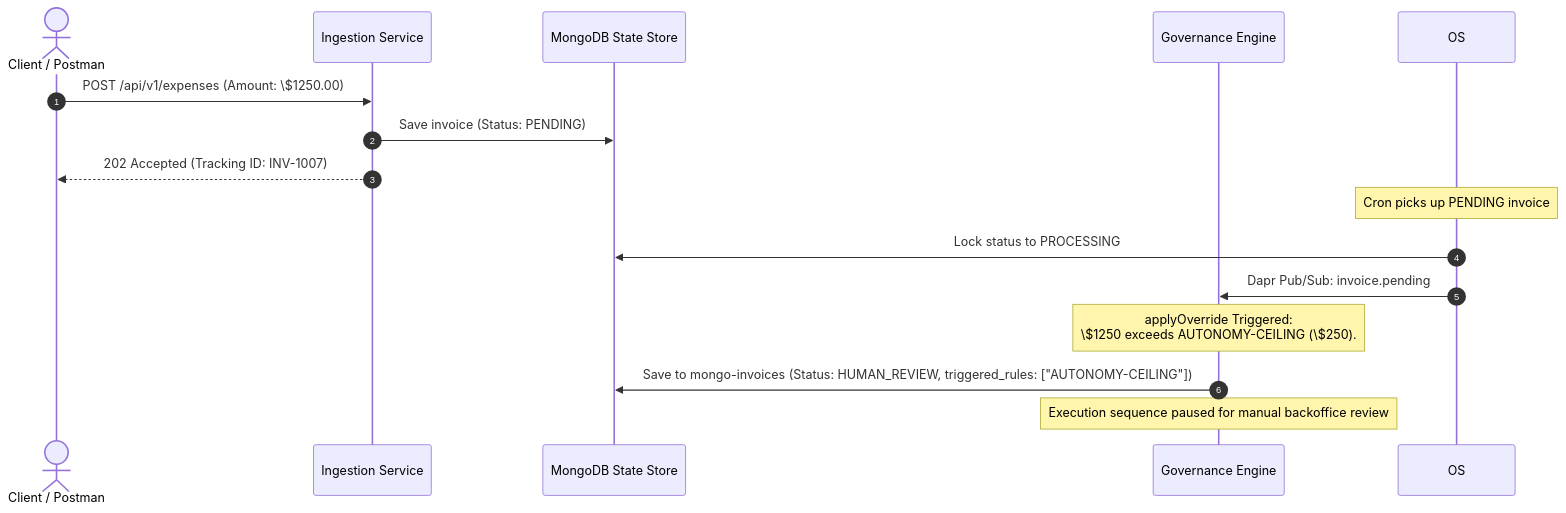
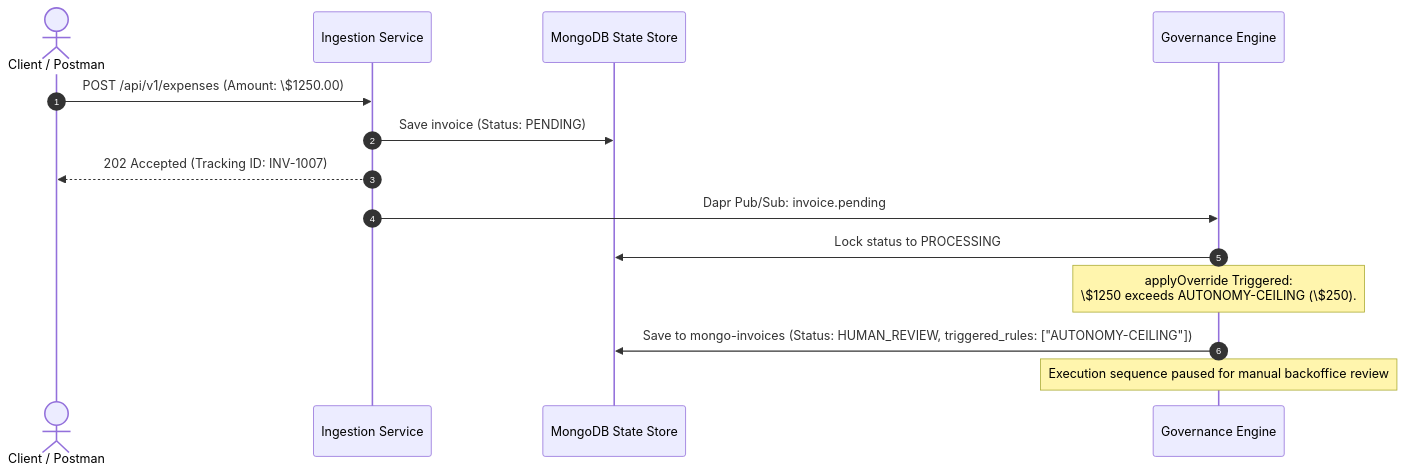
The third of 4 diagrams in docs/ARCHITECTURE.md (roman-shneer/InvoiceApprovalFlow), drawn with Mermaid before and after one commit. The commit also changed other lines of this file and 5 other files, not shown here.

````diff
--- a/docs/ARCHITECTURE.md
+++ b/docs/ARCHITECTURE.md
@@ -120,20 +115,19 @@
 ```mermaid
 sequenceDiagram
     autonumber
     actor Client as Client / Postman
     participant IS as Ingestion Service
     participant DB as MongoDB State Store    
     participant GS as Governance Engine
 
     Client->>IS: POST /api/v1/expenses (Amount: \$1250.00)
     IS->>DB: Save invoice (Status: PENDING)
     IS-->>Client: 202 Accepted (Tracking ID: INV-1007)
     
-    Note over OS: Cron picks up PENDING invoice
-    OS->>DB: Lock status to PROCESSING
-    OS->>GS: Dapr Pub/Sub: invoice.pending
+    IS->>GS: Dapr Pub/Sub: invoice.pending
+    GS->>DB: Lock status to PROCESSING
     
     Note over GS: applyOverride Triggered:<br/>\$1250 exceeds AUTONOMY-CEILING (\$250).
     GS->>DB: Save to mongo-invoices (Status: HUMAN_REVIEW, triggered_rules: ["AUTONOMY-CEILING"])
     Note over GS: Execution sequence paused for manual backoffice review
 ```
````
